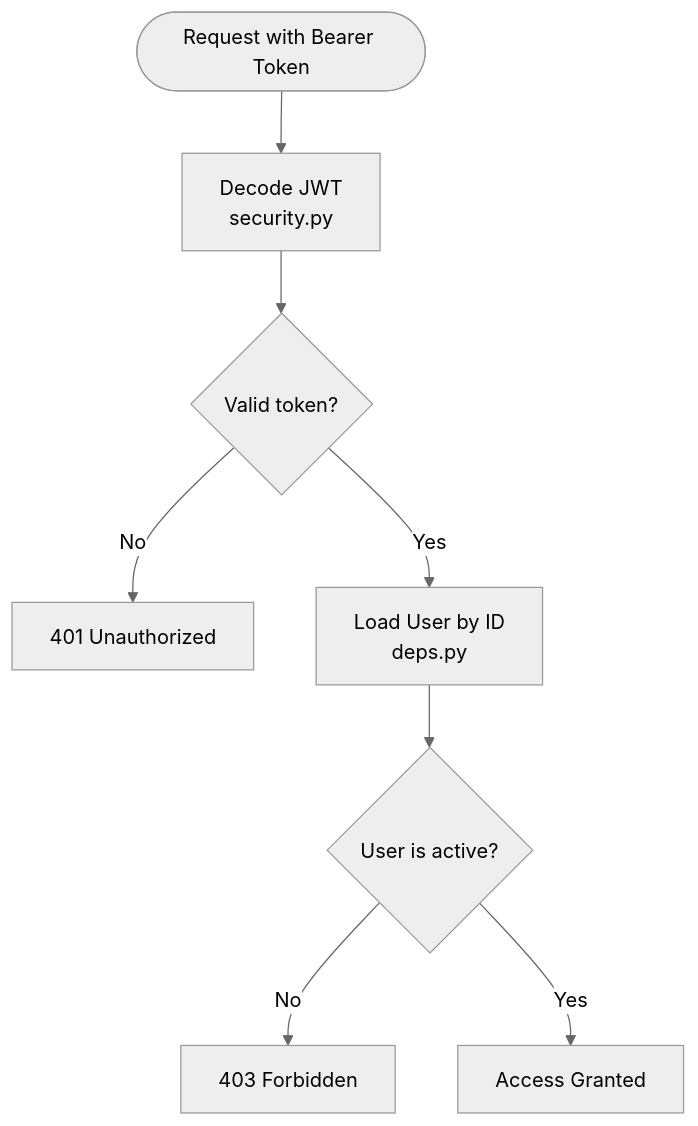
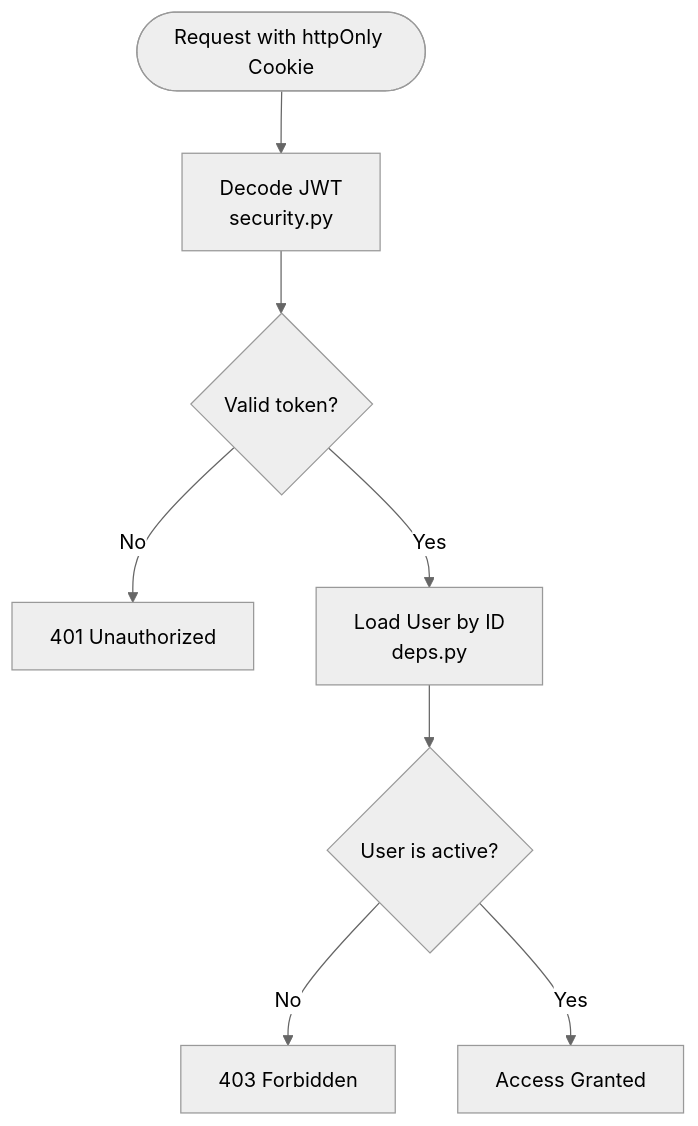
One commit to rainRise/aidiary changed the third of 7 diagrams in .qoder/repowiki/en/content/Security Considerations.md. Above: the diagram before and after it, drawn with Mermaid (neutral theme). The commit also changed other lines of this file and 21 other files, not shown here.

````diff
--- a/.qoder/repowiki/en/content/Security Considerations.md
+++ b/.qoder/repowiki/en/content/Security Considerations.md
@@ -144,10 +171,10 @@
 ```mermaid
 flowchart TD
-Start(["Request with Bearer Token"]) --> Decode["Decode JWT<br/>security.py"]
+Start(["Request with httpOnly Cookie"]) --> Decode["Decode JWT<br/>security.py"]
 Decode --> Valid{"Valid token?"}
 Valid --> |No| Unauthorized["401 Unauthorized"]
 Valid --> |Yes| LoadUser["Load User by ID<br/>deps.py"]
 LoadUser --> Active{"User is active?"}
 Active --> |No| Forbidden["403 Forbidden"]
 Active --> |Yes| Authorized["Access Granted"]
 ```
````
